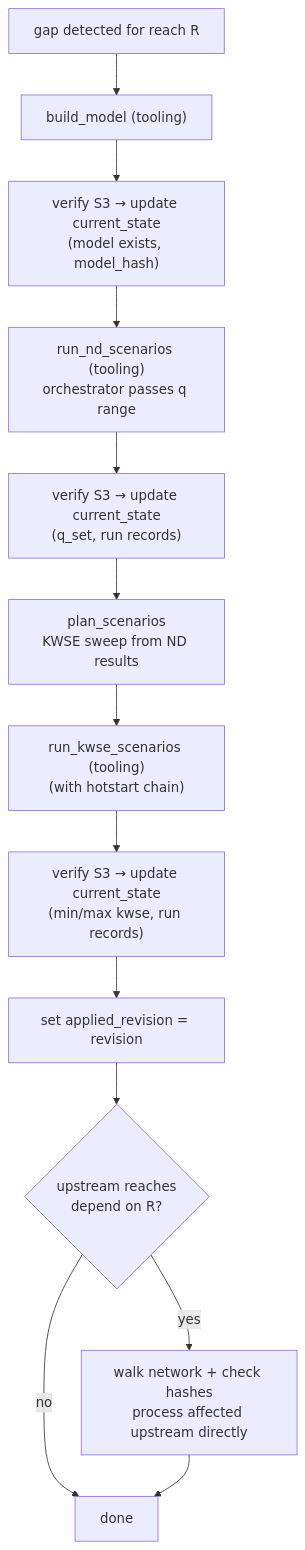
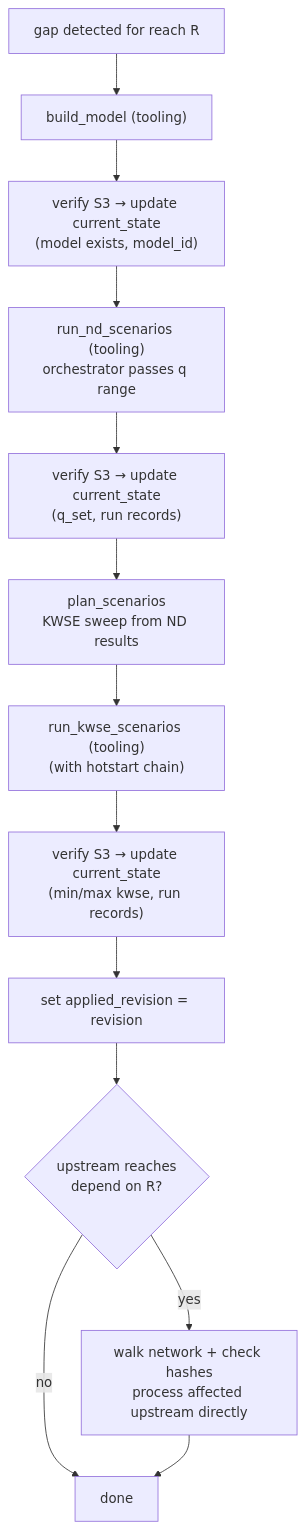
One commit to NGWPC/twod-fim-knowledge-base changed the first of 2 diagrams in system-design/orchestrator-design.md. Above: the diagram before and after it, drawn with Mermaid. The commit also changed other lines of this file and 11 other files, not shown here.

First line of the commit message:
`build_model` job scope and model manifest (#101)

````diff
--- a/system-design/orchestrator-design.md
+++ b/system-design/orchestrator-design.md
@@ -7,15 +7,15 @@
 ```mermaid
 flowchart TD
     Gap["gap detected for reach R"] --> Build["build_model (tooling)"]
-    Build --> UpBuild["verify S3 → update current_state<br/>(model exists, model_hash)"]
+    Build --> UpBuild["verify S3 → update current_state<br/>(model exists, model_id)"]
     UpBuild --> ND["run_nd_scenarios (tooling)<br/>orchestrator passes q range"]
     ND --> UpND["verify S3 → update current_state<br/>(q_set, run records)"]
     UpND --> Plan["plan_scenarios<br/>KWSE sweep from ND results"]
     Plan --> KWSE["run_kwse_scenarios (tooling)<br/>(with hotstart chain)"]
     KWSE --> UpKWSE["verify S3 → update current_state<br/>(min/max kwse, run records)"]
     UpKWSE --> Done["set applied_revision = revision"]
     Done --> Prop{"upstream reaches<br/>depend on R?"}
     Prop -- "yes" --> Cascade["walk network + check hashes<br/>process affected upstream directly"]
     Prop -- "no" --> Wait["done"]
     Cascade --> Wait
 ```
````
